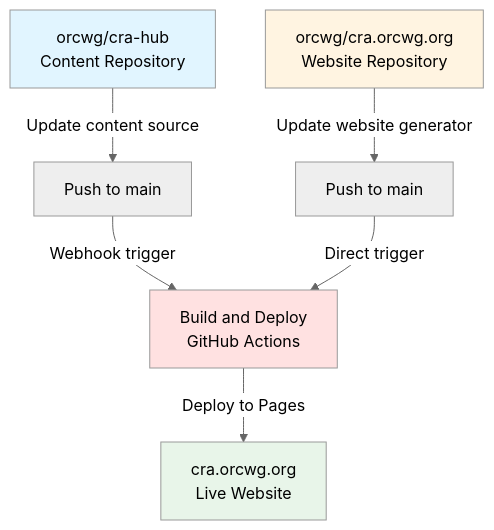
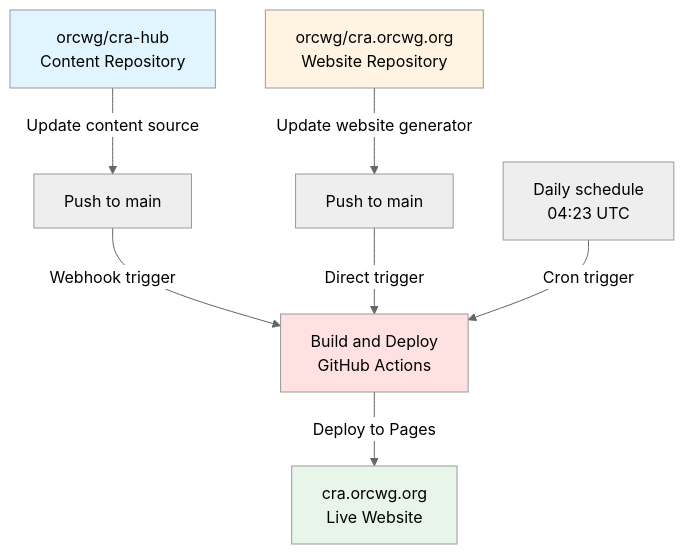
One commit to orcwg/cra.orcwg.org changed the diagram in README.md. Above: the diagram before and after it, drawn with Mermaid (neutral theme). The commit also changed other lines of this file and 5 other files, not shown here.

````diff
--- a/README.md
+++ b/README.md
@@ -245,20 +245,22 @@
 ```mermaid
 flowchart TD
     A[orcwg/cra-hub<br/>Content Repository]
     B[Push to main]
     C[orcwg/cra.orcwg.org<br/>Website Repository]
     D[Push to main]
     E[Build and Deploy<br/>GitHub Actions]
     F[cra.orcwg.org<br/>Live Website]
+    G[Daily schedule<br/>04:23 UTC]
 
     A -->|Update content source| B
     B -->|Webhook trigger| E
     C -->|Update  website generator| D
     D -->|Direct trigger| E
+    G -->|Cron trigger| E
     E -->|Deploy to Pages| F
 
     style A fill:#e1f5ff
     style C fill:#fff4e1
     style E fill:#ffe1e1
     style F fill:#e8f5e9
 ```
````
